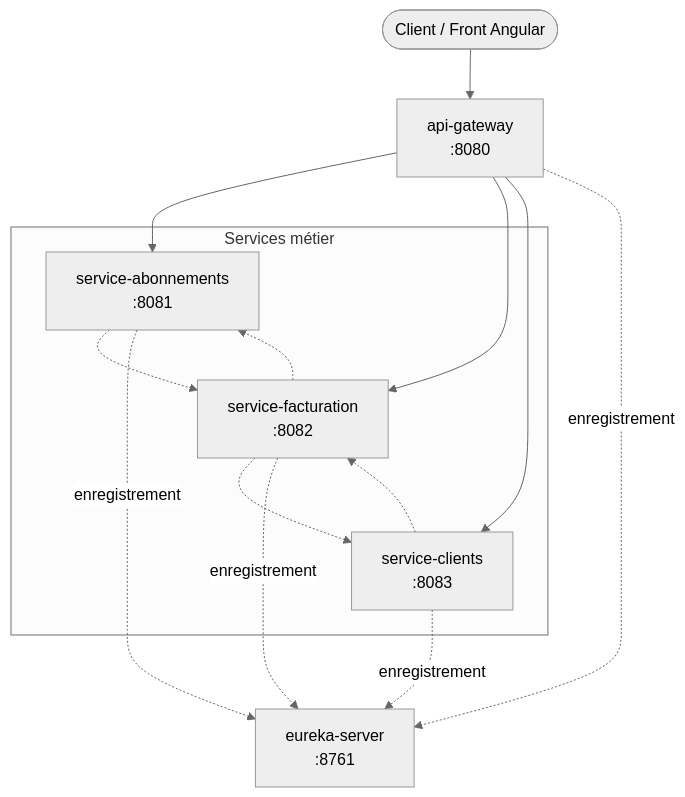
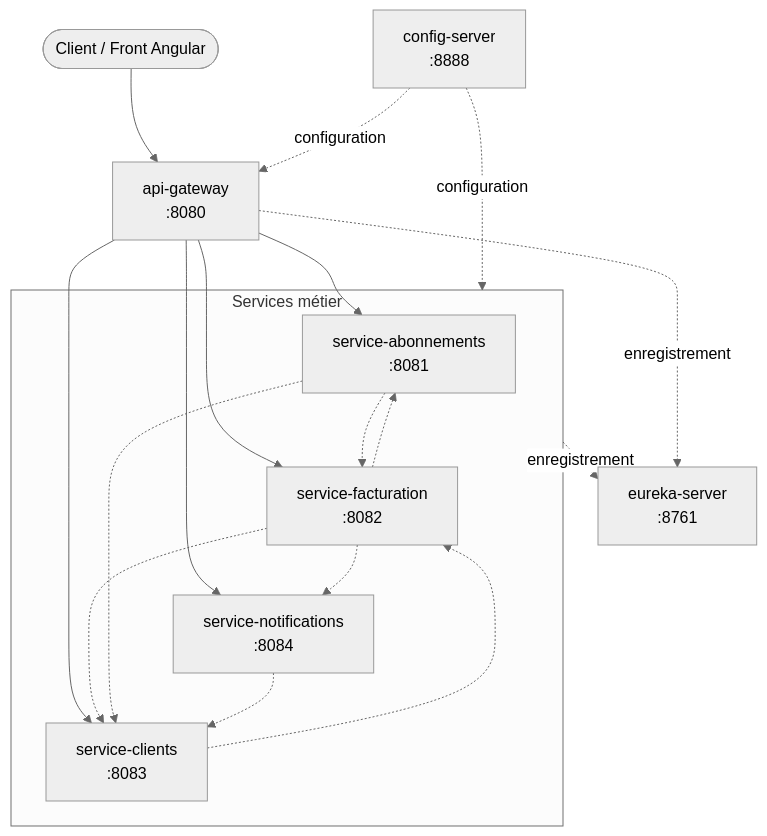
Before and after one commit to AymenEdd/Bill-Flex: the seventh of 7 diagrams in README.md, drawn with Mermaid (neutral theme). The commit also changed other lines of this file, not shown here.

````diff
--- a/README.md
+++ b/README.md
@@ -123,28 +357,34 @@
 ```mermaid
 flowchart TB
   client(["Client / Front Angular"])
 
   gateway["api-gateway<br/>:8080"]
   eureka["eureka-server<br/>:8761"]
+  config["config-server<br/>:8888"]
 
   subgraph metier ["Services métier"]
     abo["service-abonnements<br/>:8081"]
     fact["service-facturation<br/>:8082"]
     cli["service-clients<br/>:8083"]
+    notif["service-notifications<br/>:8084"]
   end
 
   client --> gateway
   gateway --> abo
   gateway --> fact
   gateway --> cli
+  gateway --> notif
 
   fact -.-> abo
   fact -.-> cli
   cli -.-> fact
   abo -.-> fact
+  abo -.-> cli
+  fact -.-> notif
+  notif -.-> cli
 
   gateway -. enregistrement .-> eureka
-  abo -. enregistrement .-> eureka
-  fact -. enregistrement .-> eureka
-  cli -. enregistrement .-> eureka
+  metier -. enregistrement .-> eureka
+  config -. configuration .-> gateway
+  config -. configuration .-> metier
 ```
````
